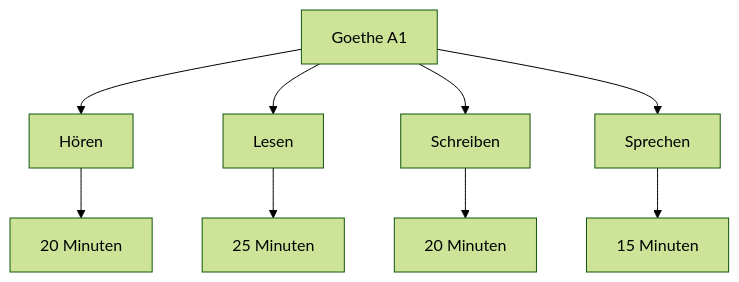
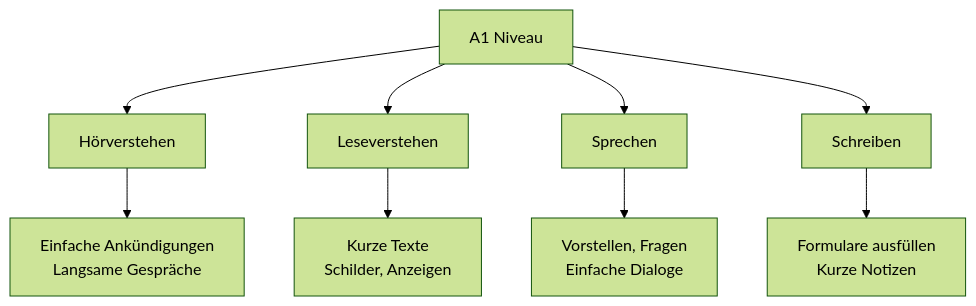
The first of 2 diagrams in docs/niveau/a1/ueberblick.md (wulfnb/german), drawn with Mermaid (forest theme) before and after one commit. The commit also changed other lines of this file and 20 other files, not shown here.

````diff
--- a/docs/niveau/a1/ueberblick.md
+++ b/docs/niveau/a1/ueberblick.md
@@ -124,12 +8,12 @@
 ```mermaid
 graph TD
-    A[Goethe A1] --> B[Hören]
-    A --> C[Lesen]
-    A --> D[Schreiben]
-    A --> E[Sprechen]
+    A[A1 Niveau] --> B[Hörverstehen]
+    A --> C[Leseverstehen]
+    A --> D[Sprechen]
+    A --> E[Schreiben]
     
-    B --> B1[20 Minuten]
-    C --> C1[25 Minuten]
-    D --> D1[20 Minuten]
-    E --> E1[15 Minuten]
+    B --> B1[Einfache Ankündigungen<br/>Langsame Gespräche]
+    C --> C1[Kurze Texte<br/>Schilder, Anzeigen]
+    D --> D1[Vorstellen, Fragen<br/>Einfache Dialoge]
+    E --> E1[Formulare ausfüllen<br/>Kurze Notizen]
 ```
````
